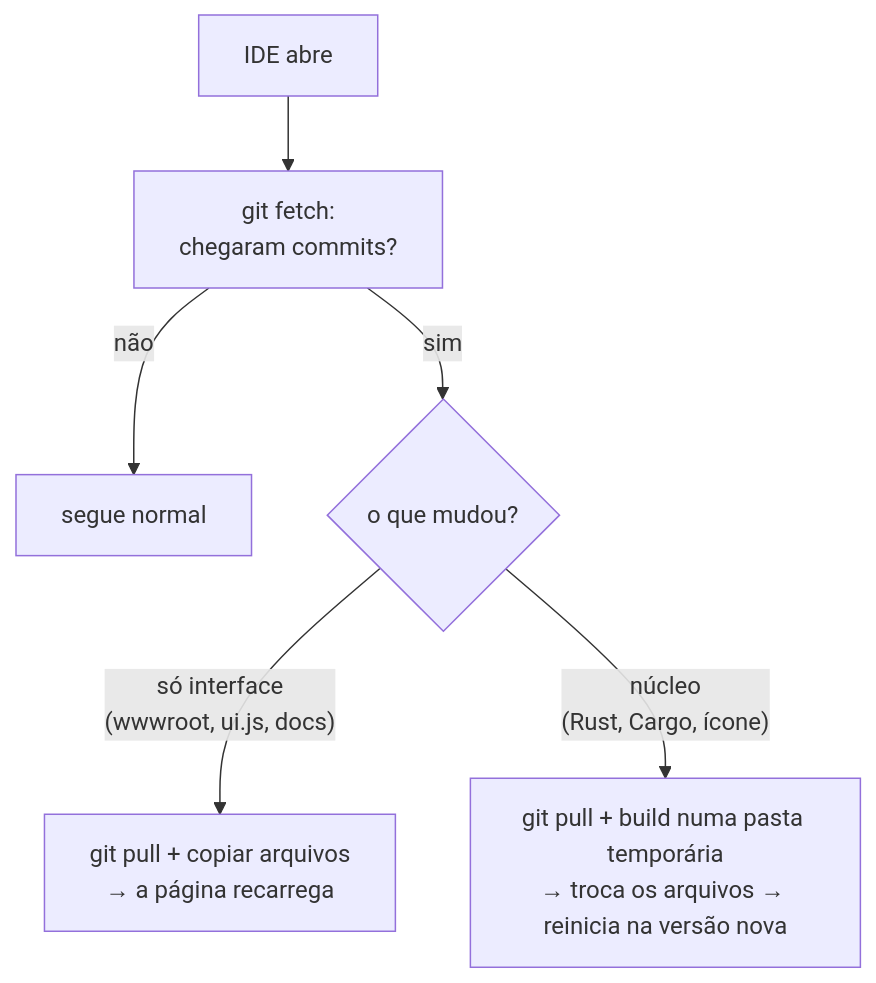
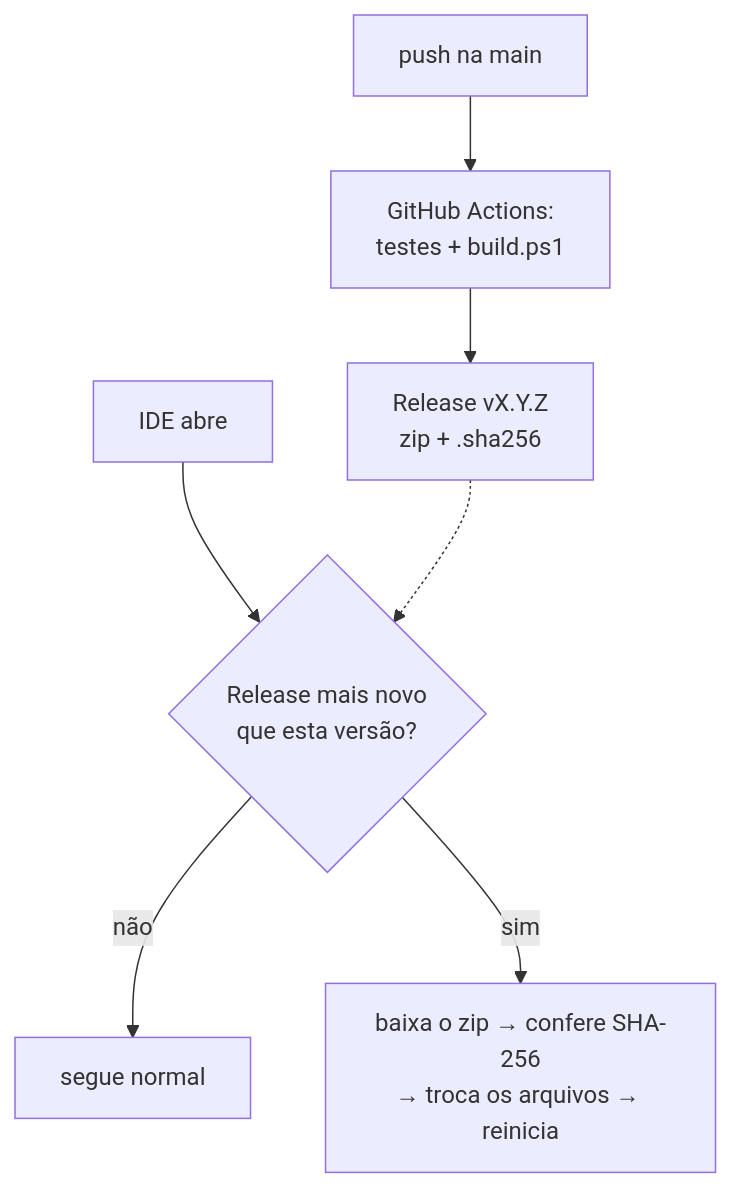
One commit to martindevbr/BlueScreen-Code changed diagram 12 of 14 in README.md. Above: the diagram before and after it, drawn with Mermaid. The commit also changed other lines of this file and 6 other files, not shown here.

````diff
--- a/README.md
+++ b/README.md
@@ -425,8 +428,9 @@
 ```mermaid
 flowchart TD
-    abre["IDE abre"] --> fetch["git fetch:<br/>chegaram commits?"]
-    fetch -- não --> nada["segue normal"]
-    fetch -- sim --> oque{"o que mudou?"}
-    oque -- "só interface<br/>(wwwroot, ui.js, docs)" --> leve["git pull + copiar arquivos<br/>→ a página recarrega"]
-    oque -- "núcleo<br/>(Rust, Cargo, ícone)" --> pesado["git pull + build numa pasta temporária<br/>→ troca os arquivos → reinicia na versão nova"]
+    push["push na main"] --> ci["GitHub Actions:<br/>testes + build.ps1"]
+    ci --> rel["Release vX.Y.Z<br/>zip + .sha256"]
+    abre["IDE abre"] --> chk{"Release mais novo<br/>que esta versão?"}
+    rel -.-> chk
+    chk -- não --> nada["segue normal"]
+    chk -- sim --> baixa["baixa o zip → confere SHA-256<br/>→ troca os arquivos → reinicia"]
 ```
````
